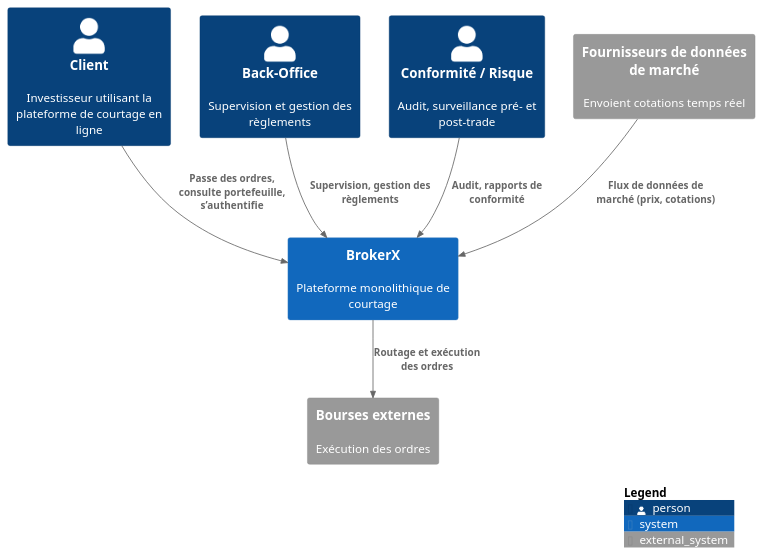
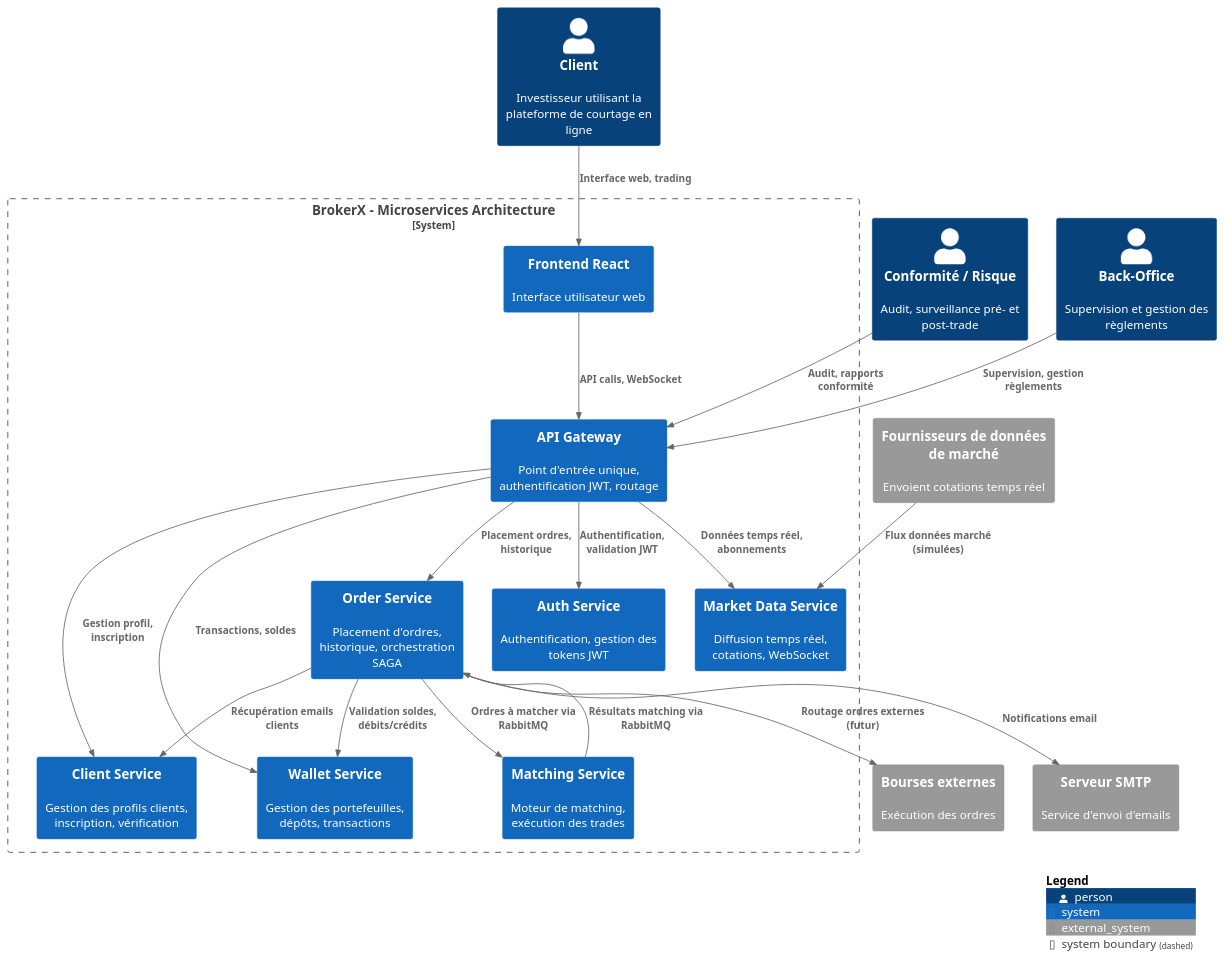
The diagram in docs/views/context_diagram.puml (primika27/BrokerX-phase2-micorservices-), drawn with PlantUML before and after one commit. The commit also changed 9 other files, not shown here.

Commit message:
uml modifs

```diff
--- a/docs/views/context_diagram.puml
+++ b/docs/views/context_diagram.puml
@@ -1,19 +1,42 @@
 @startuml
 !include https://raw.githubusercontent.com/plantuml-stdlib/C4-PlantUML/master/C4_Context.puml
 
 Person(client, "Client", "Investisseur utilisant la plateforme de courtage en ligne")
 Person(backoffice, "Back-Office", "Supervision et gestion des règlements")
 Person(compliance, "Conformité / Risque", "Audit, surveillance pré- et post-trade")
 System_Ext(marketdata, "Fournisseurs de données de marché", "Envoient cotations temps réel")
 System_Ext(exchange, "Bourses externes", "Exécution des ordres")
+System_Ext(smtp, "Serveur SMTP", "Service d'envoi d'emails")
 
-System(brokerx, "BrokerX", "Plateforme monolithique de courtage")
+System_Boundary(brokerx, "BrokerX - Microservices Architecture") {
+    System(frontend, "Frontend React", "Interface utilisateur web")
+    System(gateway, "API Gateway", "Point d'entrée unique, authentification JWT, routage")
+    System(authservice, "Auth Service", "Authentification, gestion des tokens JWT")
+    System(clientservice, "Client Service", "Gestion des profils clients, inscription, vérification")
+    System(walletservice, "Wallet Service", "Gestion des portefeuilles, dépôts, transactions")
+    System(orderservice, "Order Service", "Placement d'ordres, historique, orchestration SAGA")
+    System(matchingservice, "Matching Service", "Moteur de matching, exécution des trades")
+    System(marketdataservice, "Market Data Service", "Diffusion temps réel, cotations, WebSocket")
+}
 
-Rel(client, brokerx, "Passe des ordres, consulte portefeuille, s’authentifie")
-Rel(backoffice, brokerx, "Supervision, gestion des règlements")
-Rel(compliance, brokerx, "Audit, rapports de conformité")
-Rel(marketdata, brokerx, "Flux de données de marché (prix, cotations)")
-Rel(brokerx, exchange, "Routage et exécution des ordres")
+Rel(client, frontend, "Interface web, trading")
+Rel(frontend, gateway, "API calls, WebSocket")
+Rel(gateway, authservice, "Authentification, validation JWT")
+Rel(gateway, clientservice, "Gestion profil, inscription")
+Rel(gateway, walletservice, "Transactions, soldes")
+Rel(gateway, orderservice, "Placement ordres, historique")
+Rel(gateway, marketdataservice, "Données temps réel, abonnements")
+
+Rel(orderservice, matchingservice, "Ordres à matcher via RabbitMQ")
+Rel(orderservice, walletservice, "Validation soldes, débits/crédits")
+Rel(orderservice, clientservice, "Récupération emails clients")
+Rel(matchingservice, orderservice, "Résultats matching via RabbitMQ")
+
+Rel(backoffice, gateway, "Supervision, gestion règlements")
+Rel(compliance, gateway, "Audit, rapports conformité")
+Rel(marketdata, marketdataservice, "Flux données marché (simulées)")
+Rel(orderservice, exchange, "Routage ordres externes (futur)")
+Rel(orderservice, smtp, "Notifications email")
 
 SHOW_LEGEND()
 @enduml
```
